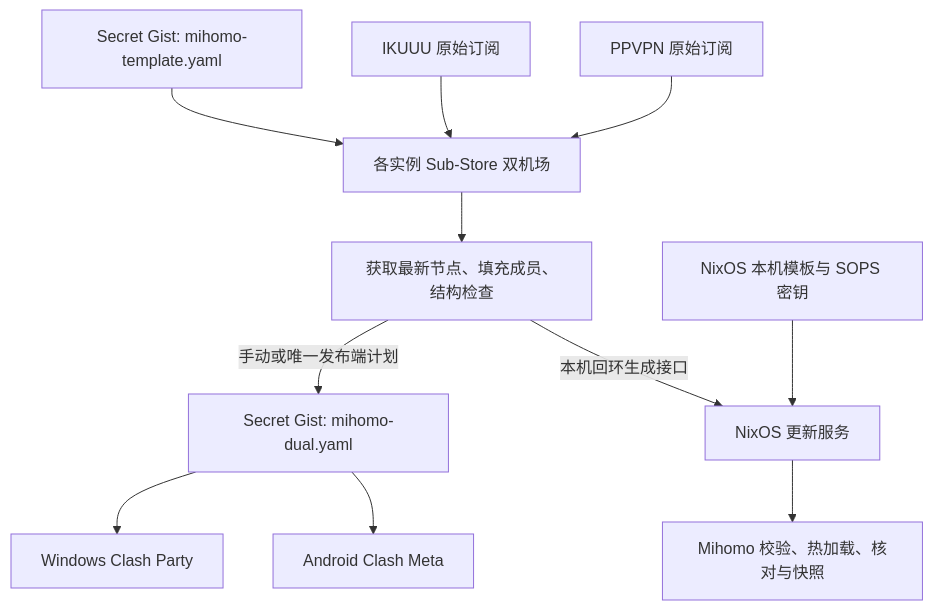
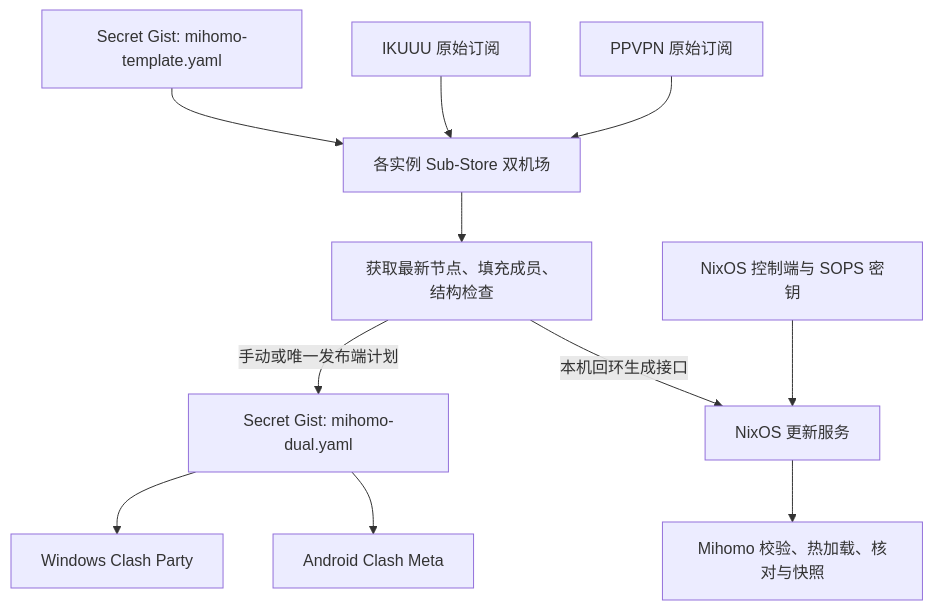
One commit to Shangshui0302/myNixOSConfig changed the diagram in wiki/networking/mihomo-distribution.md. Above: the diagram before and after it, drawn with Mermaid. The commit also changed other lines of this file and 9 other files, not shown here.

````diff
--- a/wiki/networking/mihomo-distribution.md
+++ b/wiki/networking/mihomo-distribution.md
@@ -29,13 +32,13 @@
 ```mermaid
 flowchart TD
   T[Secret Gist: mihomo-template.yaml] --> S[各实例 Sub-Store 双机场]
   I[IKUUU 原始订阅] --> S
   P[PPVPN 原始订阅] --> S
   S --> V[获取最新节点、填充成员、结构检查]
   V -->|手动或唯一发布端计划| O[Secret Gist: mihomo-dual.yaml]
   O --> W[Windows Clash Party]
   O --> A[Android Clash Meta]
   V -->|本机回环生成接口| N[NixOS 更新服务]
-  L[NixOS 本机模板与 SOPS 密钥] --> N
+  L[NixOS 控制端与 SOPS 密钥] --> N
   N --> C[Mihomo 校验、热加载、核对与快照]
 ```
````
